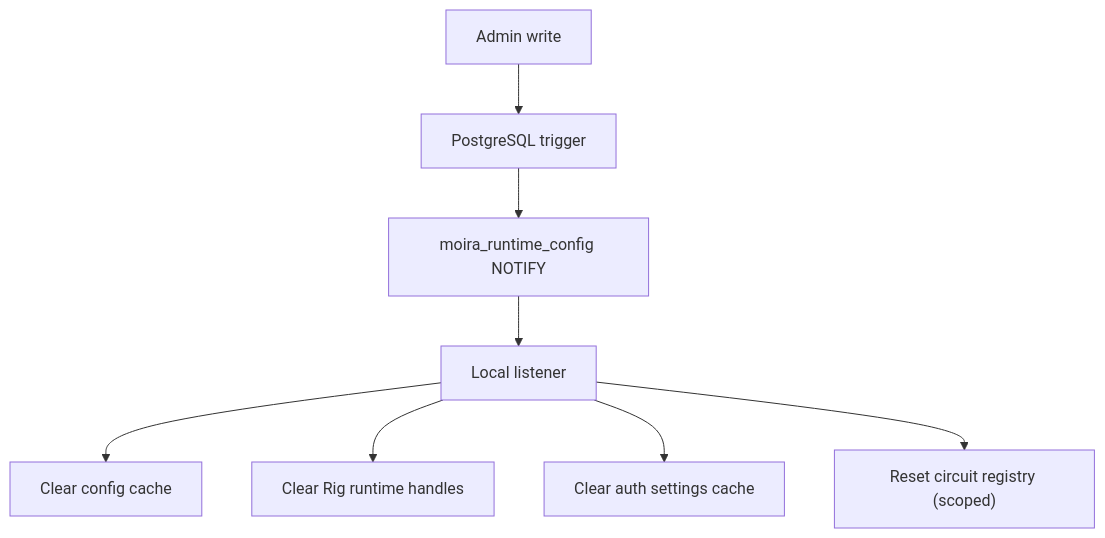
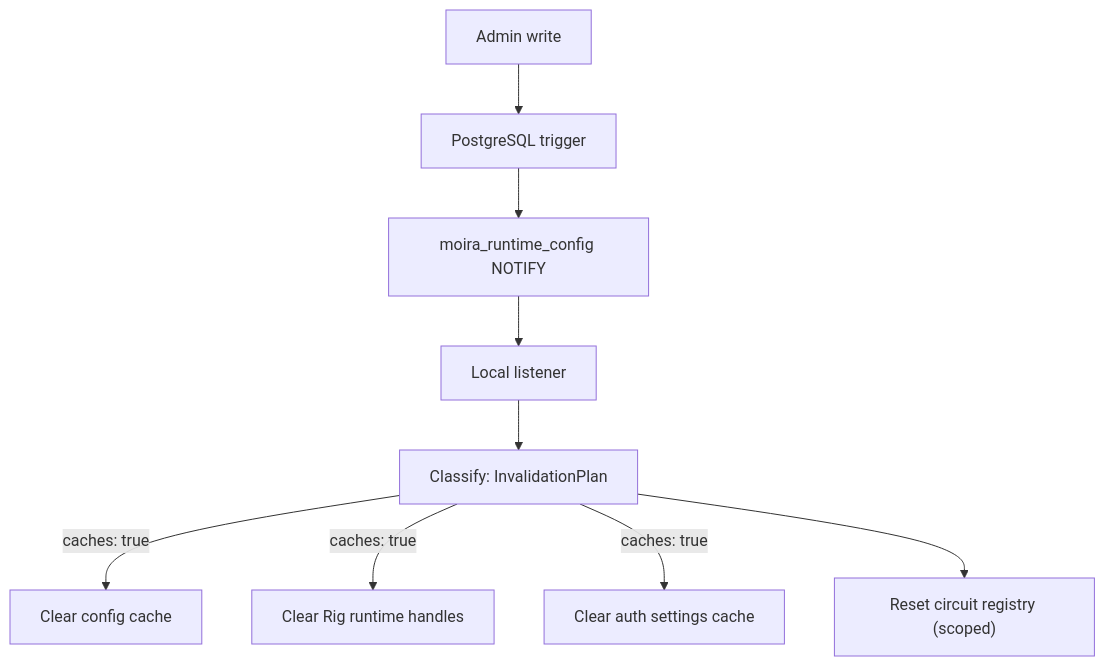
Before and after one commit to nurcahyo/moira: the diagram in docs/runtime-cache-invalidation.md, drawn with Mermaid. The commit also changed other lines of this file and 7 other files, not shown here.

First line of the commit message:
fix(F51,F52): scope runtime-config invalidation, and derive the trigger inventory instead of retyping it (#64)

````diff
--- a/docs/runtime-cache-invalidation.md
+++ b/docs/runtime-cache-invalidation.md
@@ -19,10 +30,11 @@
 ```mermaid
 flowchart TD
     A["Admin write"] --> B["PostgreSQL trigger"]
     B --> C["moira_runtime_config NOTIFY"]
     C --> D["Local listener"]
-    D --> E["Clear config cache"]
-    D --> F["Clear Rig runtime handles"]
-    D --> G["Clear auth settings cache"]
-    D --> H["Reset circuit registry (scoped)"]
+    D --> D2["Classify: InvalidationPlan"]
+    D2 -->|"caches: true"| E["Clear config cache"]
+    D2 -->|"caches: true"| F["Clear Rig runtime handles"]
+    D2 -->|"caches: true"| G["Clear auth settings cache"]
+    D2 --> H["Reset circuit registry (scoped)"]
 ```
````
